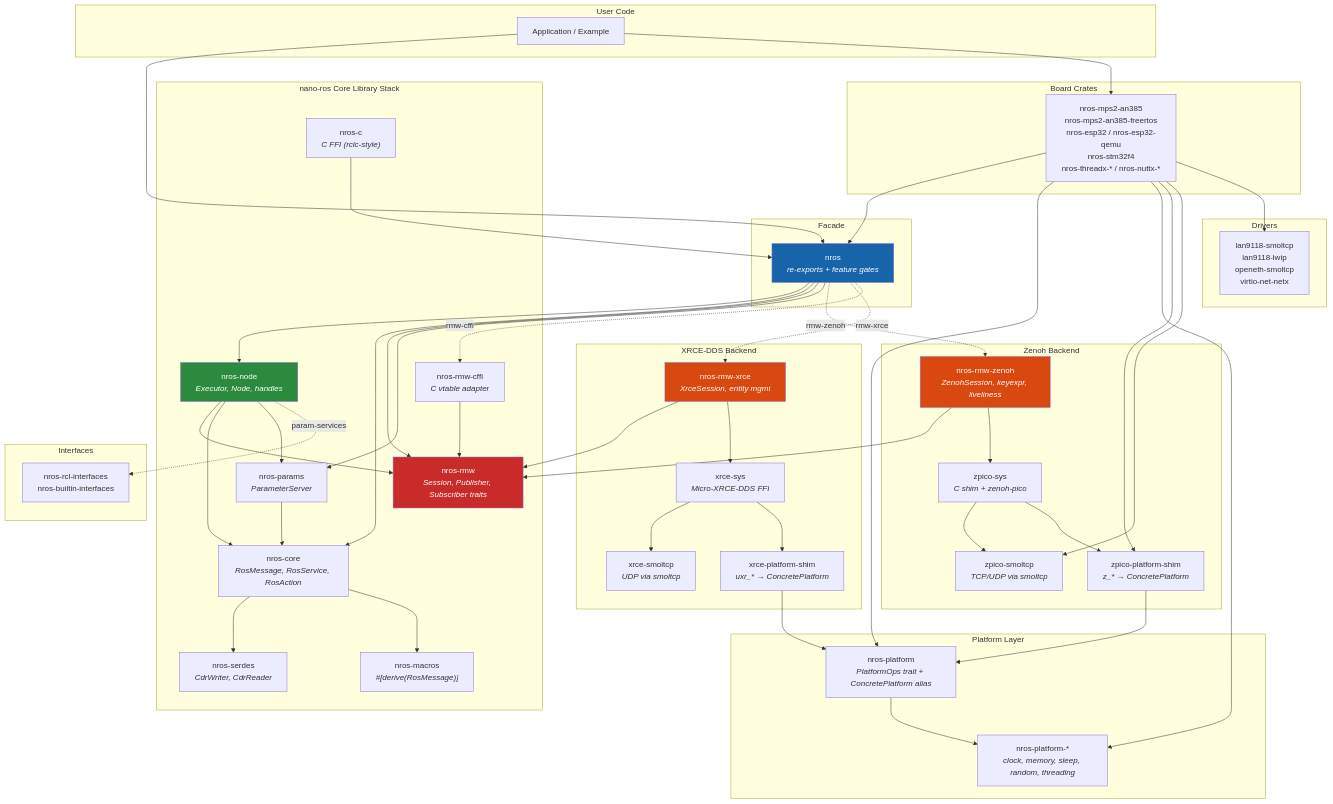
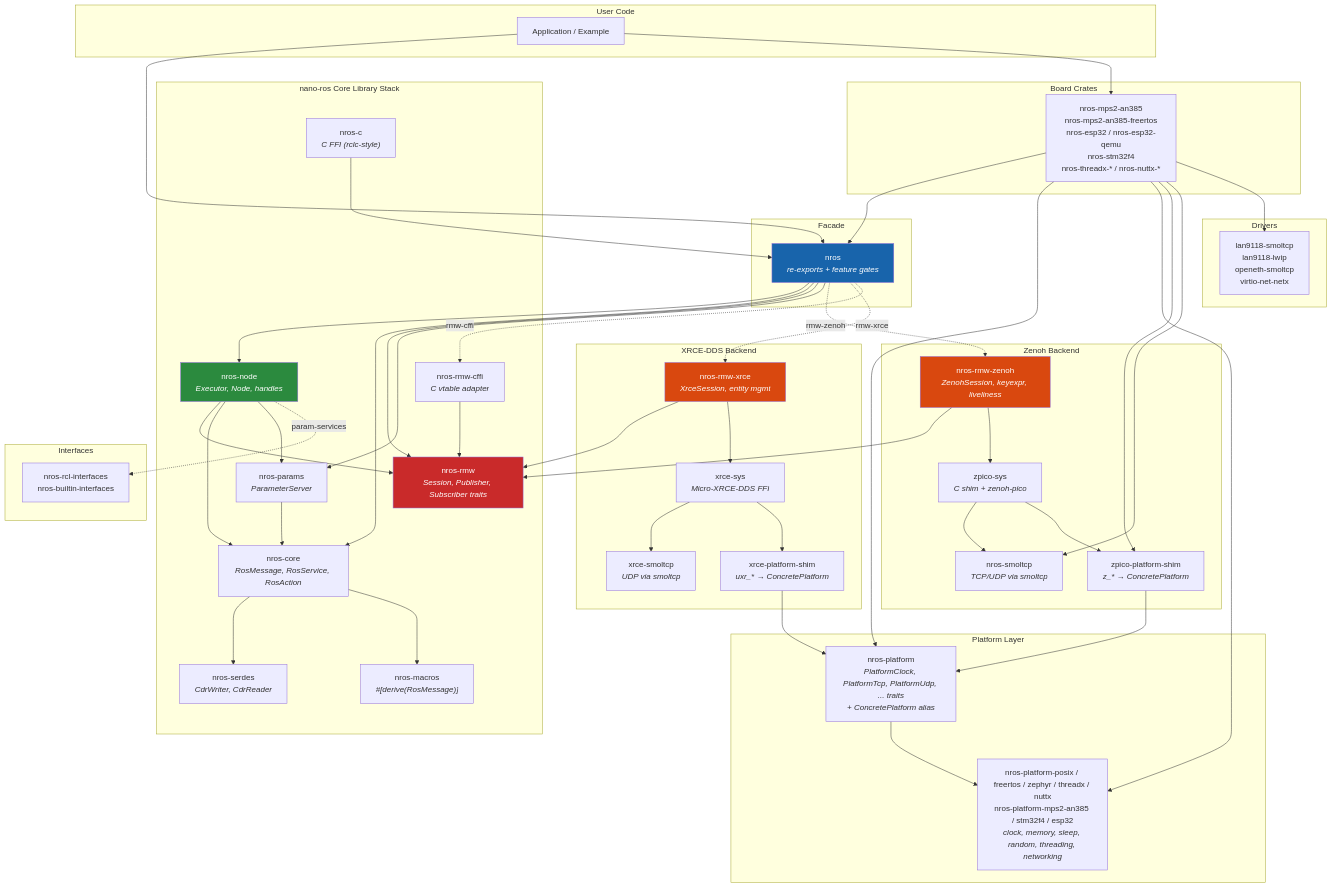
The second of 15 diagrams in book/src/concepts/architecture.md (NEWSLabNTU/nano-ros), drawn with Mermaid before and after one commit. The commit also changed other lines of this file and 10 other files, not shown here.

```diff
--- a/book/src/concepts/architecture.md
+++ b/book/src/concepts/architecture.md
@@ -85,7 +99,7 @@
     subgraph "Zenoh Backend"
         RMW_Z["nros-rmw-zenoh<br/><i>ZenohSession, keyexpr, liveliness</i>"]
         ZPICO["zpico-sys<br/><i>C shim + zenoh-pico</i>"]
-        ZSMOL["zpico-smoltcp<br/><i>TCP/UDP via smoltcp</i>"]
+        NSMOL["nros-smoltcp<br/><i>TCP/UDP via smoltcp</i>"]
         ZPSHIM["zpico-platform-shim<br/><i>z_* → ConcretePlatform</i>"]
     end
 
@@ -97,8 +111,8 @@
     end
 
     subgraph "Platform Layer"
-        NPLAT["nros-platform<br/><i>PlatformOps trait + ConcretePlatform alias</i>"]
-        NPLATIMPL["nros-platform-*<br/><i>clock, memory, sleep, random, threading</i>"]
+        NPLAT["nros-platform<br/><i>PlatformClock, PlatformTcp, PlatformUdp, ... traits<br/>+ ConcretePlatform alias</i>"]
+        NPLATIMPL["nros-platform-posix / freertos / zephyr / threadx / nuttx<br/>nros-platform-mps2-an385 / stm32f4 / esp32<br/><i>clock, memory, sleep, random, threading, networking</i>"]
     end
 
     subgraph "Board Crates"
@@ -136,7 +150,7 @@
 
     RMW_Z --> RMW
     RMW_Z --> ZPICO
-    ZPICO --> ZSMOL
+    ZPICO --> NSMOL
     ZPICO --> ZPSHIM
     ZPSHIM --> NPLAT
 
@@ -152,7 +166,7 @@
     BOARD --> NPLAT
     BOARD --> NPLATIMPL
     BOARD --> ZPSHIM
-    BOARD --> ZSMOL
+    BOARD --> NSMOL
     BOARD --> DRV
 
     style NROS fill:#1864ab,color:#fff
```
